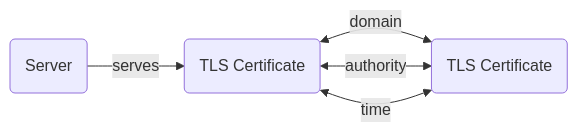
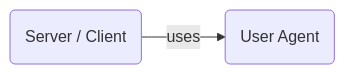
The diagram in docs/artifacts/user-agent.md (korniko98/pivot-atlas), drawn with Mermaid before and after one commit. The commit also changed other lines of this file and 12 other files, not shown here.

````diff
--- a/docs/artifacts/user-agent.md
+++ b/docs/artifacts/user-agent.md
@@ -26,11 +26,5 @@
 	```mermaid
 	flowchart LR
-		A("Server") -- serves --> B("TLS Certificate")
-		B <-- domain--> E("TLS Certificate")
-		B <-- authority--> E("TLS Certificate")
-		B <-- time--> E("TLS Certificate")
-		click A "#servers"
-		click C "#samples"
-		click D "#servers"
-		click E "#tls-certificates"
+		SERVER("Server / Client") -- uses --> USER_AGENT("User Agent")
+		click SERVER "#servers"
 	```
````
